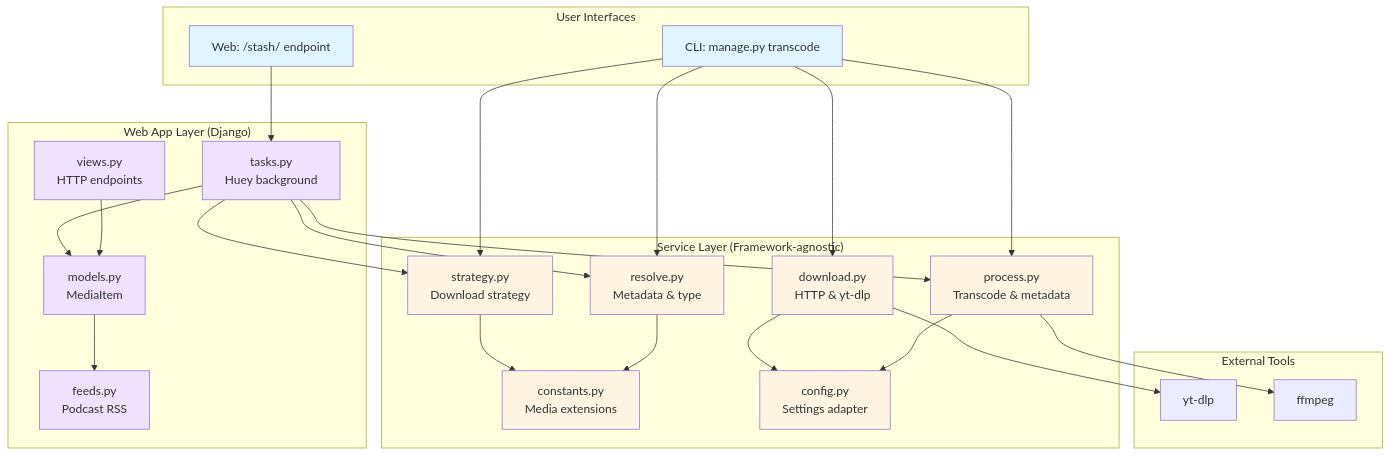
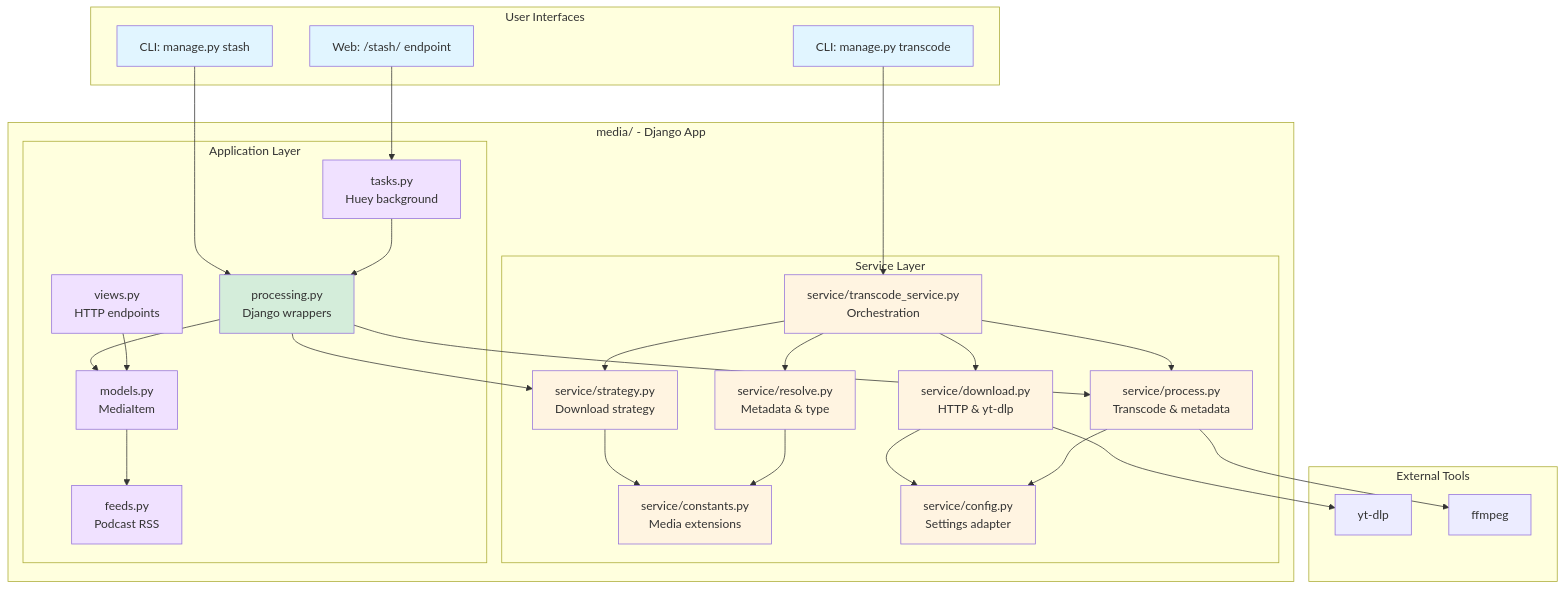
Before and after one commit to jonocodes/stashcast: the first of 4 diagrams in ARCHITECTURE.md, drawn with Mermaid. The commit also changed other lines of this file and 26 other files, not shown here.

````diff
--- a/ARCHITECTURE.md
+++ b/ARCHITECTURE.md
@@ -14,63 +17,74 @@
 ```mermaid
 graph TB
     subgraph "User Interfaces"
-        CLI[CLI: manage.py transcode]
+        CLI_T[CLI: manage.py transcode]
+        CLI_S[CLI: manage.py stash]
         WEB[Web: /stash/ endpoint]
     end
 
-    subgraph "Service Layer (Framework-agnostic)"
-        CONST[constants.py<br/>Media extensions]
-        STRAT[strategy.py<br/>Download strategy]
-        RESOLVE[resolve.py<br/>Metadata & type]
-        DOWNLOAD[download.py<br/>HTTP & yt-dlp]
-        PROCESS[process.py<br/>Transcode & metadata]
-        CONFIG[config.py<br/>Settings adapter]
-    end
+    subgraph "media/ - Django App"
+        subgraph "Service Layer"
+            CONST[service/constants.py<br/>Media extensions]
+            STRAT[service/strategy.py<br/>Download strategy]
+            RESOLVE[service/resolve.py<br/>Metadata & type]
+            DOWNLOAD[service/download.py<br/>HTTP & yt-dlp]
+            PROCESS[service/process.py<br/>Transcode & metadata]
+            CONFIG[service/config.py<br/>Settings adapter]
+            TRANSCODE[service/transcode_service.py<br/>Orchestration]
+        end
 
-    subgraph "Web App Layer (Django)"
-        TASKS[tasks.py<br/>Huey background]
-        MODELS[models.py<br/>MediaItem]
-        VIEWS[views.py<br/>HTTP endpoints]
-        FEEDS[feeds.py<br/>Podcast RSS]
+        subgraph "Application Layer"
+            PROC[processing.py<br/>Django wrappers]
+            TASKS[tasks.py<br/>Huey background]
+            MODELS[models.py<br/>MediaItem]
+            VIEWS[views.py<br/>HTTP endpoints]
+            FEEDS[feeds.py<br/>Podcast RSS]
+        end
     end
 
     subgraph "External Tools"
         YTDLP[yt-dlp]
         FFMPEG[ffmpeg]
     end
 
-    CLI --> STRAT
-    CLI --> RESOLVE
-    CLI --> DOWNLOAD
-    CLI --> PROCESS
+    CLI_T --> TRANSCODE
+    CLI_S --> PROC
+    WEB --> TASKS
+    TASKS --> PROC
 
-    WEB --> TASKS
-    TASKS --> STRAT
-    TASKS --> RESOLVE
-    TASKS --> PROCESS
-    TASKS --> MODELS
+    TRANSCODE --> STRAT
+    TRANSCODE --> RESOLVE
+    TRANSCODE --> DOWNLOAD
+    TRANSCODE --> PROCESS
+
+    PROC --> STRAT
+    PROC --> PROCESS
+    PROC --> MODELS
 
     STRAT --> CONST
     RESOLVE --> CONST
     DOWNLOAD --> CONFIG
     PROCESS --> CONFIG
 
     DOWNLOAD --> YTDLP
     PROCESS --> FFMPEG
 
     MODELS --> FEEDS
     VIEWS --> MODELS
 
-    style CLI fill:#e1f5ff
+    style CLI_T fill:#e1f5ff
+    style CLI_S fill:#e1f5ff
     style WEB fill:#e1f5ff
     style CONST fill:#fff4e1
     style STRAT fill:#fff4e1
     style RESOLVE fill:#fff4e1
     style DOWNLOAD fill:#fff4e1
     style PROCESS fill:#fff4e1
     style CONFIG fill:#fff4e1
+    style TRANSCODE fill:#fff4e1
+    style PROC fill:#d4edda
     style TASKS fill:#f0e1ff
     style MODELS fill:#f0e1ff
     style VIEWS fill:#f0e1ff
     style FEEDS fill:#f0e1ff
 ```
````
